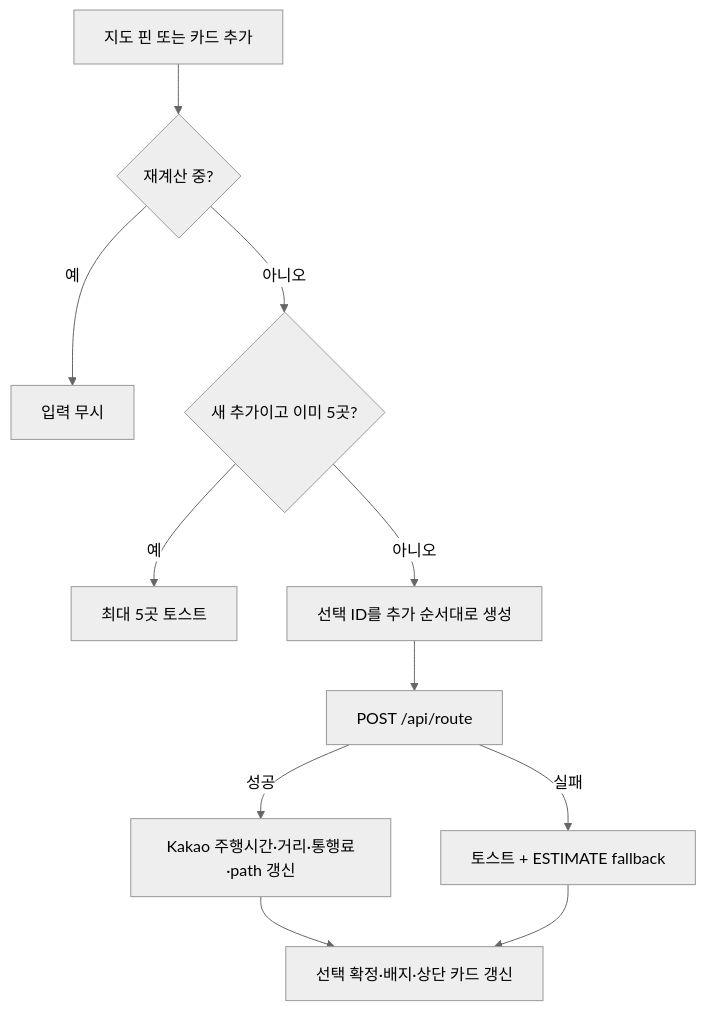
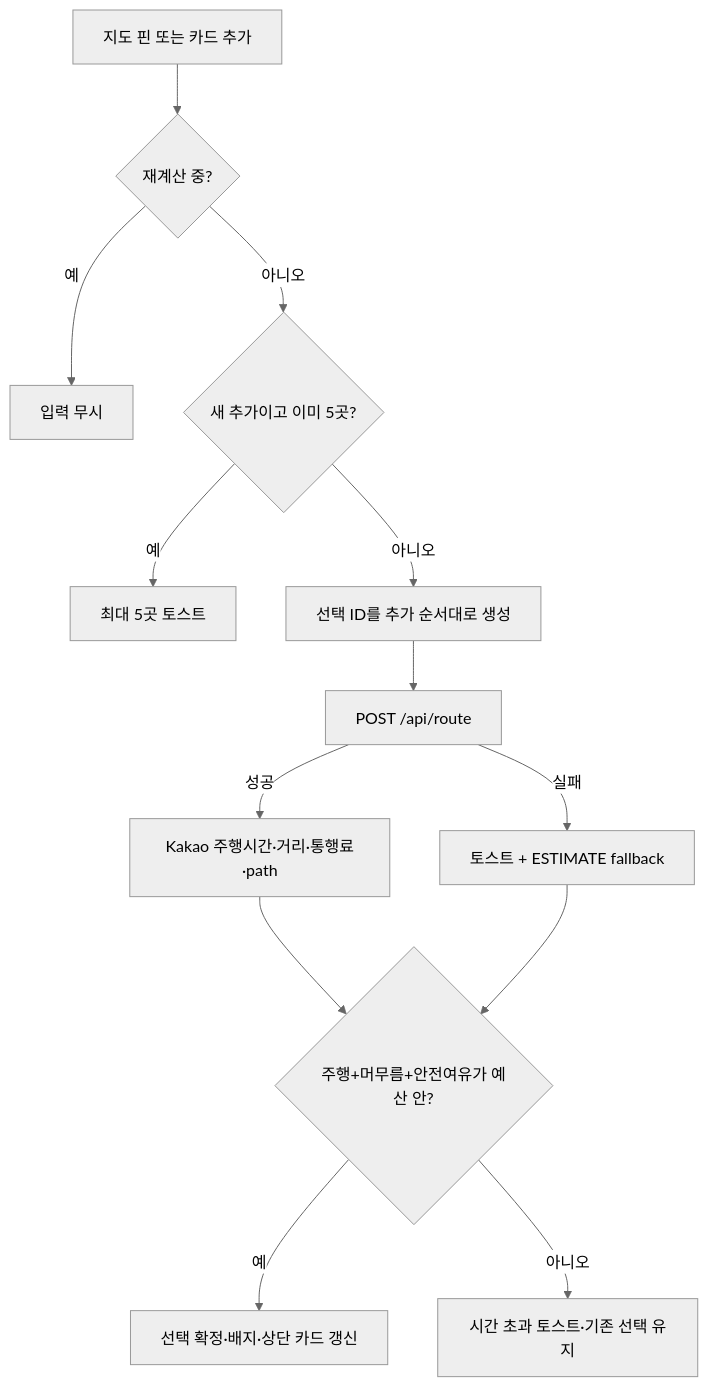
The fifth of 5 diagrams in docs/04_SCREEN_FLOWS.md (Newrred/tteumsae), drawn with Mermaid (neutral theme) before and after one commit. The commit also changed other lines of this file and 37 other files, not shown here.

````diff
--- a/docs/04_SCREEN_FLOWS.md
+++ b/docs/04_SCREEN_FLOWS.md
@@ -248,13 +269,15 @@
 ```mermaid
 flowchart TD
     A["지도 핀 또는 카드 추가"] --> B{"재계산 중?"}
     B -->|"예"| Z["입력 무시"]
     B -->|"아니오"| C{"새 추가이고 이미 5곳?"}
     C -->|"예"| D["최대 5곳 토스트"]
     C -->|"아니오"| E["선택 ID를 추가 순서대로 생성"]
     E --> F["POST /api/route"]
-    F -->|"성공"| G["Kakao 주행시간·거리·통행료·path 갱신"]
+    F -->|"성공"| G["Kakao 주행시간·거리·통행료·path"]
     F -->|"실패"| H["토스트 + ESTIMATE fallback"]
-    G --> I["선택 확정·배지·상단 카드 갱신"]
+    G --> I{"주행+머무름+안전여유가 예산 안?"}
     H --> I
+    I -->|"예"| J["선택 확정·배지·상단 카드 갱신"]
+    I -->|"아니오"| K["시간 초과 토스트·기존 선택 유지"]
 ```
````
